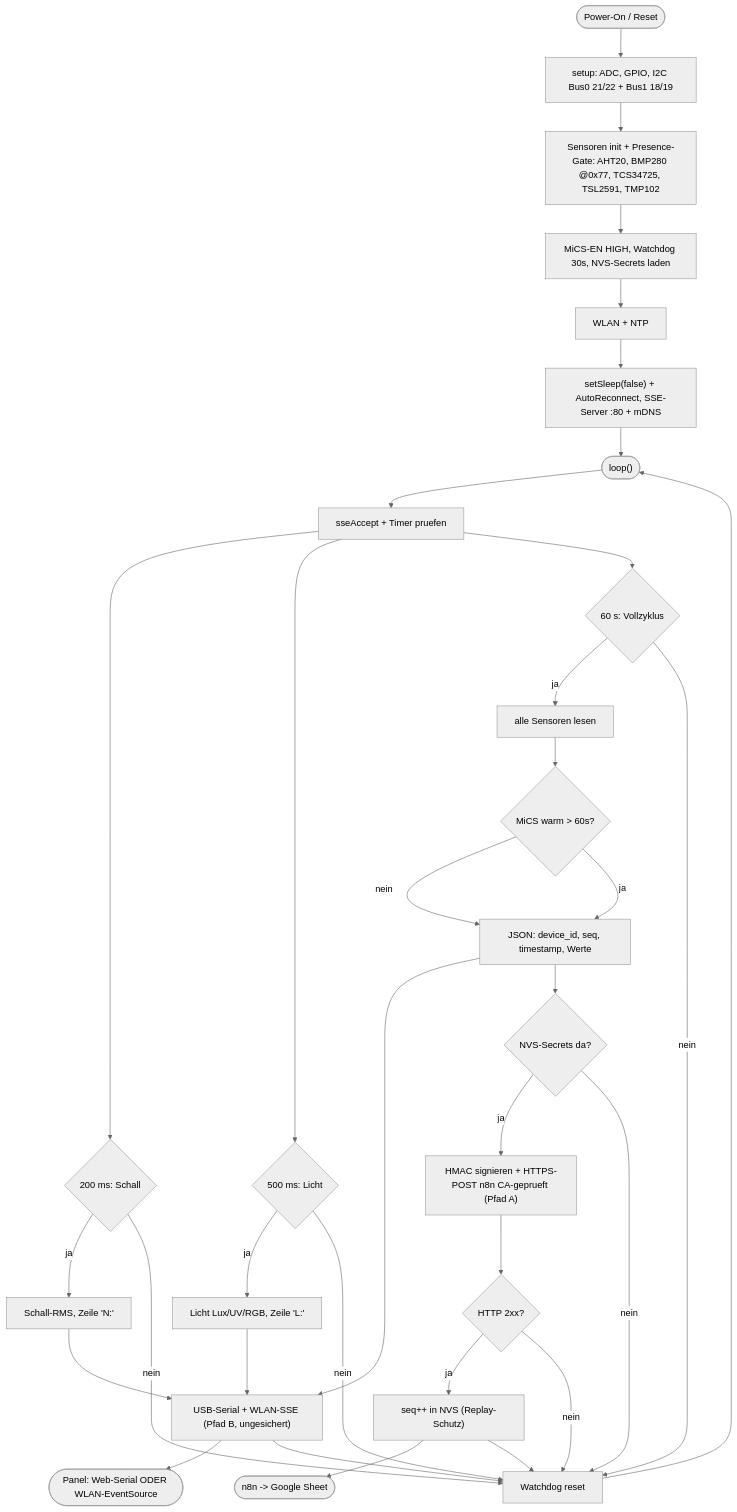
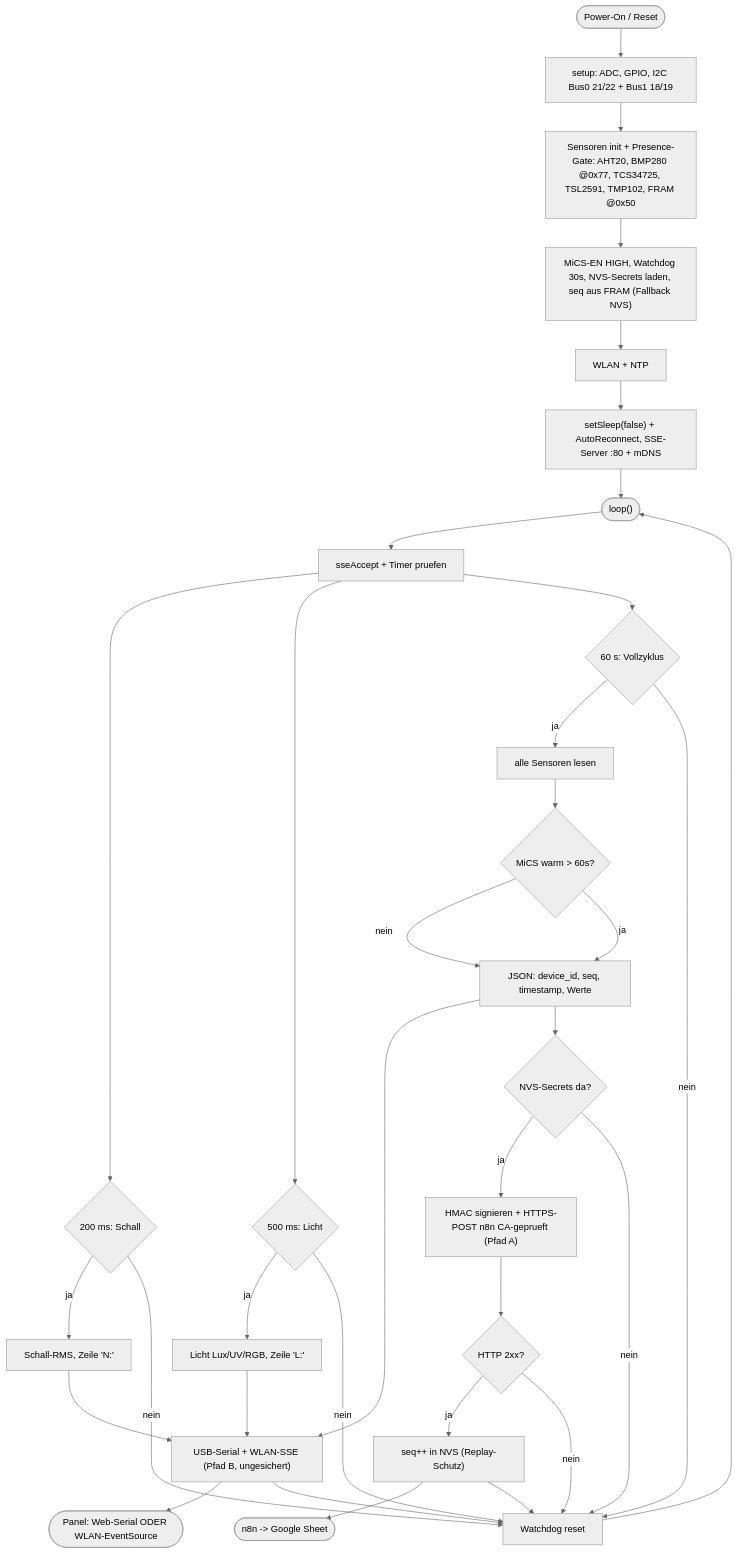
Before and after one commit to frankebenjamin1983-hash/weserbergland-umweltmonitor: the diagram in firmware/logik-flowchart.md, drawn with Mermaid (neutral theme). The commit also changed 3 other files, not shown here.

````diff
--- a/firmware/logik-flowchart.md
+++ b/firmware/logik-flowchart.md
@@ -6,36 +6,36 @@
 ```mermaid
 flowchart TD
   A(["Power-On / Reset"]) --> B["setup: ADC, GPIO, I2C Bus0 21/22 + Bus1 18/19"]
-  B --> C["Sensoren init + Presence-Gate: AHT20, BMP280 @0x77, TCS34725, TSL2591, TMP102"]
-  C --> D["MiCS-EN HIGH, Watchdog 30s, NVS-Secrets laden"]
+  B --> C["Sensoren init + Presence-Gate: AHT20, BMP280 @0x77, TCS34725, TSL2591, TMP102, FRAM @0x50"]
+  C --> D["MiCS-EN HIGH, Watchdog 30s, NVS-Secrets laden, seq aus FRAM (Fallback NVS)"]
   D --> E["WLAN + NTP"]
   E --> F["setSleep(false) + AutoReconnect, SSE-Server :80 + mDNS"]
   F --> G(["loop()"])
   G --> H["sseAccept + Timer pruefen"]
   H --> T1{"200 ms: Schall"}
   H --> T2{"500 ms: Licht"}
   H --> T3{"60 s: Vollzyklus"}
   T1 -->|ja| SN["Schall-RMS, Zeile 'N:'"]
   T2 -->|ja| SL["Licht Lux/UV/RGB, Zeile 'L:'"]
   T3 -->|ja| J["alle Sensoren lesen"]
   J --> JG{"MiCS warm > 60s?"}
   JG -->|nein| M["JSON: device_id, seq, timestamp, Werte"]
   JG -->|ja| M
   SN --> OUT["USB-Serial + WLAN-SSE (Pfad B, ungesichert)"]
   SL --> OUT
   M --> OUT
   OUT --> PANEL(["Panel: Web-Serial ODER WLAN-EventSource"])
   M --> P{"NVS-Secrets da?"}
   P -->|ja| SG["HMAC signieren + HTTPS-POST n8n CA-geprueft (Pfad A)"]
   SG --> R{"HTTP 2xx?"}
   R -->|ja| SQ["seq++ in NVS (Replay-Schutz)"]
   SQ --> SHEET(["n8n -> Google Sheet"])
   R -->|nein| WD["Watchdog reset"]
   P -->|nein| WD
   SQ --> WD
   OUT --> WD
   T1 -->|nein| WD
   T2 -->|nein| WD
   T3 -->|nein| WD
   WD --> G
 ```
````
